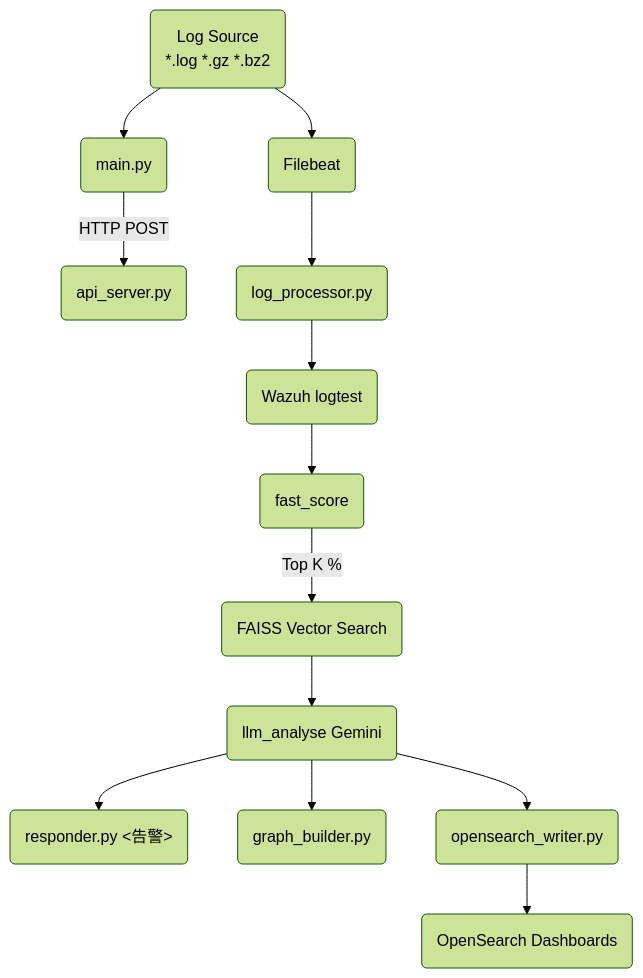
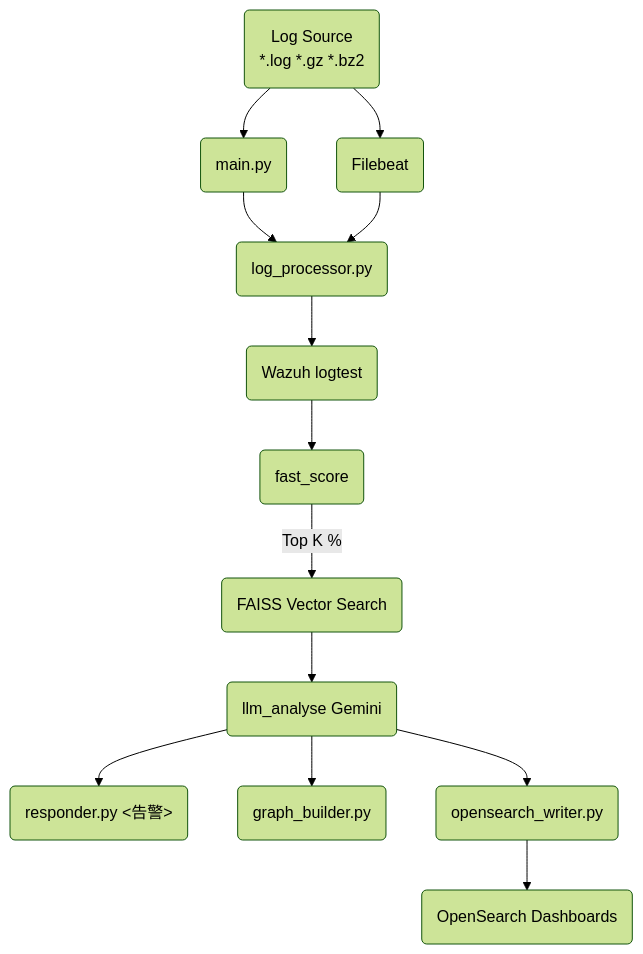
Before and after one commit to trionnemesis/AI_lms_log_analyzer: the diagram in README.md, drawn with Mermaid (forest theme). The commit also changed other lines of this file and 2 other files, not shown here.

````diff
--- a/README.md
+++ b/README.md
@@ -29,15 +29,15 @@
 ```mermaid
 flowchart TD
     A(Log Source\n*.log *.gz *.bz2) --> B(Filebeat)
     A --> M(main.py)
-    M -->|HTTP POST| C(api_server.py)
+    M --> D(log_processor.py)
     B --> D(log_processor.py)
     D --> E(Wazuh logtest)
     E --> F(fast_score)
     F -->|Top K %| G(FAISS Vector Search)
     G --> H(llm_analyse Gemini)
     H --> I(responder.py <告警>)
     H --> J(graph_builder.py <Neo4j>)
     H --> K(opensearch_writer.py <OpenSearch>)
     K --> L(OpenSearch Dashboards)
 ```
````
